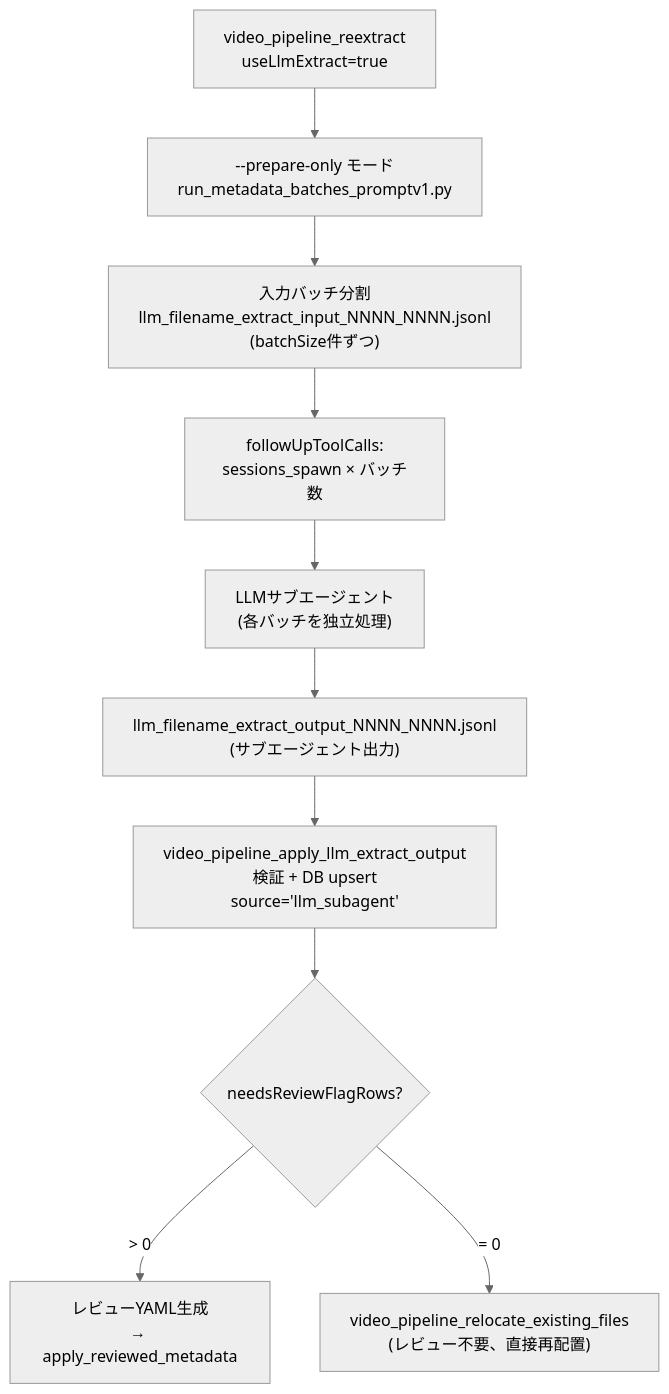
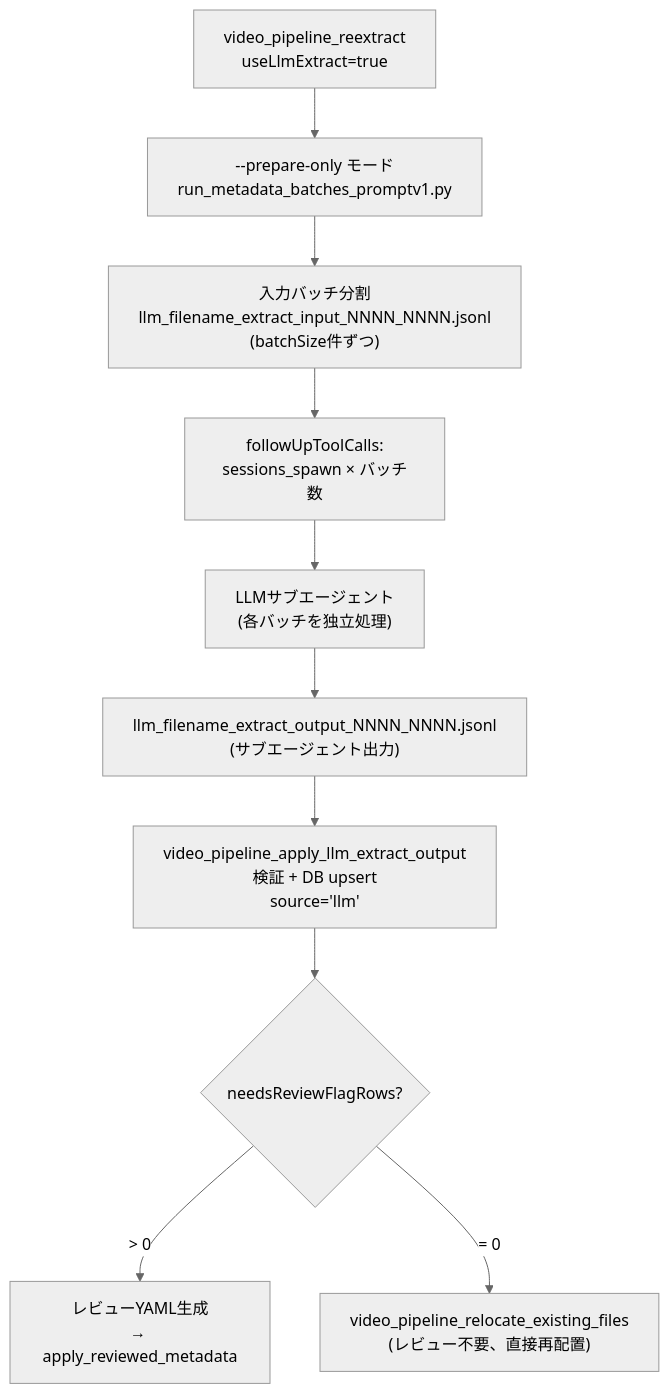
The seventh of 8 diagrams in README.md (NEXTAltair/video-library-pipeline), drawn with Mermaid (neutral theme) before and after one commit. The commit also changed other lines of this file and 5 other files, not shown here.

Commit message:
Rename llm_subagent source to llm

````diff
--- a/README.md
+++ b/README.md
@@ -553,20 +553,20 @@
 ```mermaid
 flowchart TD
     START["video_pipeline_reextract<br/>useLlmExtract=true"]
     PREPARE["--prepare-only モード<br/>run_metadata_batches_promptv1.py"]
     BATCHES["入力バッチ分割<br/>llm_filename_extract_input_NNNN_NNNN.jsonl<br/>(batchSize件ずつ)"]
 
     SPAWN["followUpToolCalls:<br/>sessions_spawn × バッチ数"]
     SUBAGENT["LLMサブエージェント<br/>(各バッチを独立処理)"]
     LLM_OUT["llm_filename_extract_output_NNNN_NNNN.jsonl<br/>(サブエージェント出力)"]
 
-    APPLY_LLM["video_pipeline_apply_llm_extract_output<br/>検証 + DB upsert<br/>source='llm_subagent'"]
+    APPLY_LLM["video_pipeline_apply_llm_extract_output<br/>検証 + DB upsert<br/>source='llm'"]
 
     BRANCH{"needsReviewFlagRows?"}
     REVIEW["レビューYAML生成<br/>→ apply_reviewed_metadata"]
     RELOCATE["video_pipeline_relocate_existing_files<br/>(レビュー不要、直接再配置)"]
 
     START --> PREPARE --> BATCHES --> SPAWN --> SUBAGENT --> LLM_OUT --> APPLY_LLM --> BRANCH
     BRANCH -->|"> 0"| REVIEW
     BRANCH -->|"= 0"| RELOCATE
 ```
````
